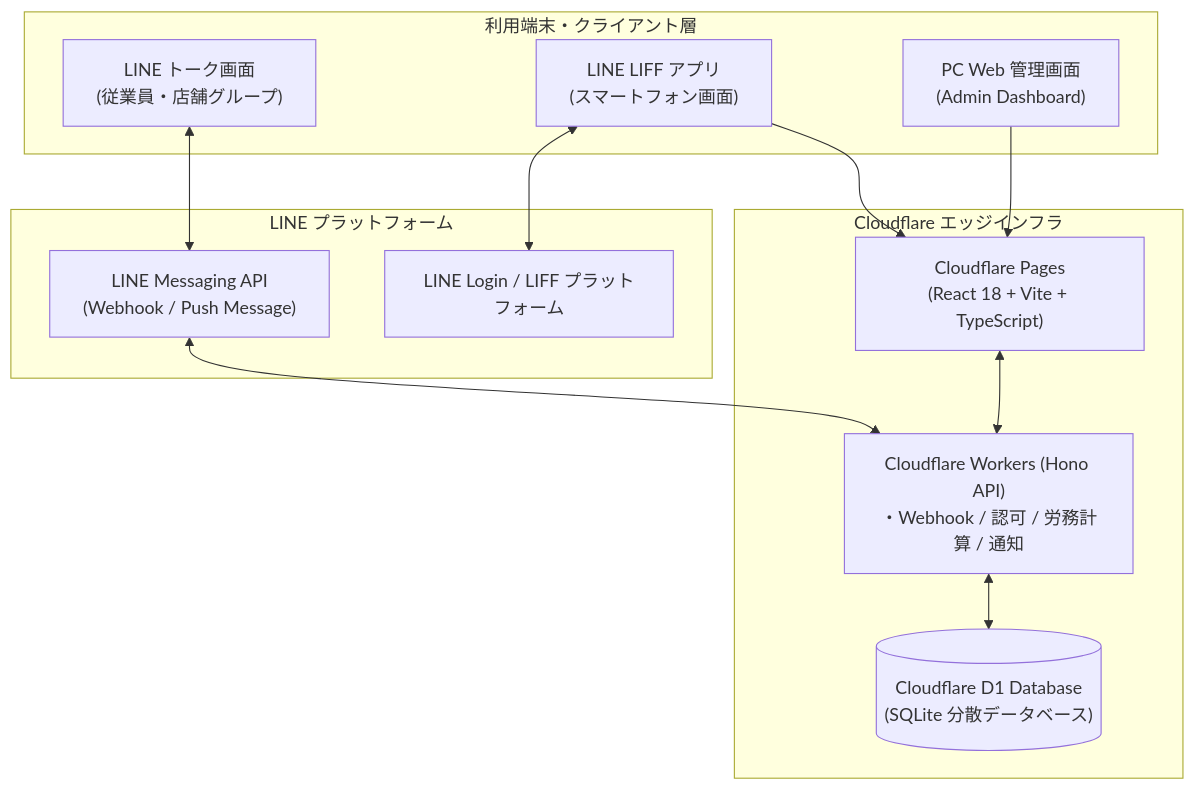
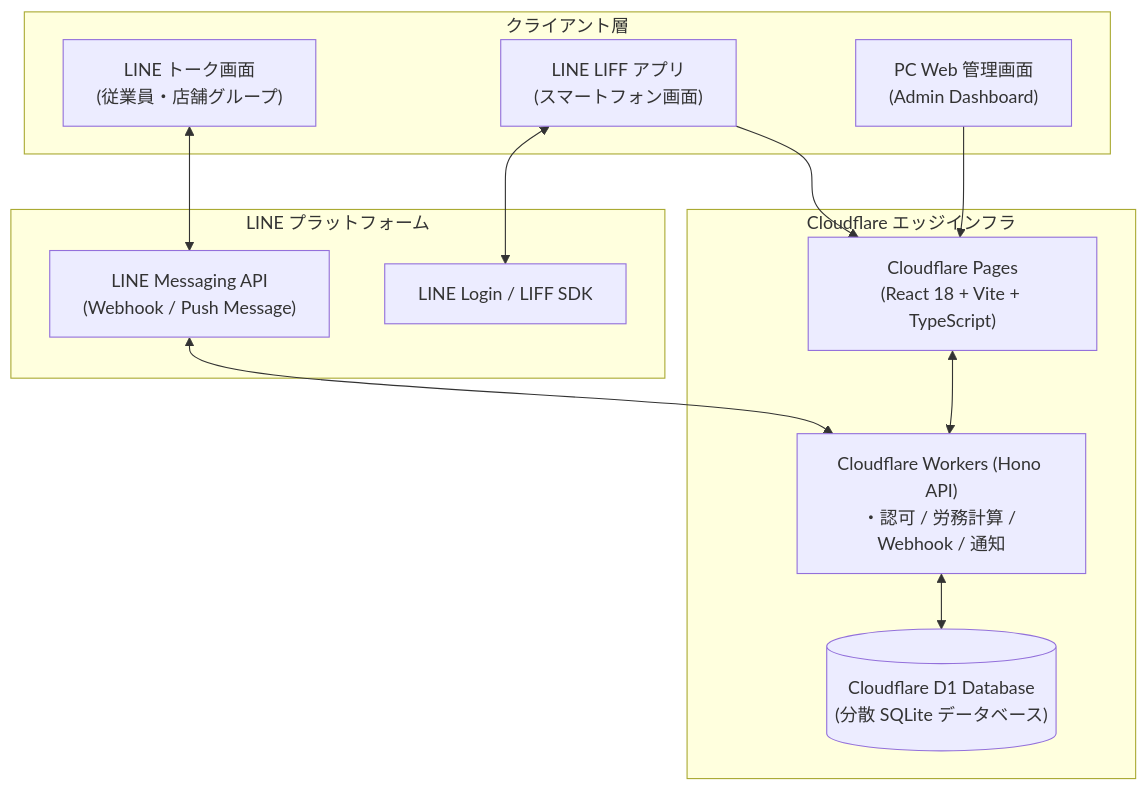
The diagram in README.md (daigato/kintai), drawn with Mermaid before and after one commit. The commit also changed other lines of this file and 1 other file, not shown here.

````diff
--- a/README.md
+++ b/README.md
@@ -64,28 +30,28 @@
 ```mermaid
 flowchart TB
-    subgraph Clients["利用端末・クライアント層"]
+    subgraph Clients["クライアント層"]
         LineTalk["LINE トーク画面<br/>(従業員・店舗グループ)"]
         LiffApp["LINE LIFF アプリ<br/>(スマートフォン画面)"]
         AdminWeb["PC Web 管理画面<br/>(Admin Dashboard)"]
     end
 
     subgraph LinePlatform["LINE プラットフォーム"]
         MessagingAPI["LINE Messaging API<br/>(Webhook / Push Message)"]
-        LineLogin["LINE Login / LIFF プラットフォーム"]
+        LineLogin["LINE Login / LIFF SDK"]
     end
 
     subgraph Cloudflare["Cloudflare エッジインフラ"]
         PagesFrontend["Cloudflare Pages<br/>(React 18 + Vite + TypeScript)"]
-        WorkersBackend["Cloudflare Workers (Hono API)<br/>・Webhook / 認可 / 労務計算 / 通知"]
-        D1DB[("Cloudflare D1 Database<br/>(SQLite 分散データベース)")]
+        WorkersBackend["Cloudflare Workers (Hono API)<br/>・認可 / 労務計算 / Webhook / 通知"]
+        D1DB[("Cloudflare D1 Database<br/>(分散 SQLite データベース)")]
     end
 
     LineTalk <--> MessagingAPI
     LiffApp <--> LineLogin
     LiffApp --> PagesFrontend
     AdminWeb --> PagesFrontend
 
     MessagingAPI <--> WorkersBackend
     PagesFrontend <--> WorkersBackend
     WorkersBackend <--> D1DB
 ```
````
